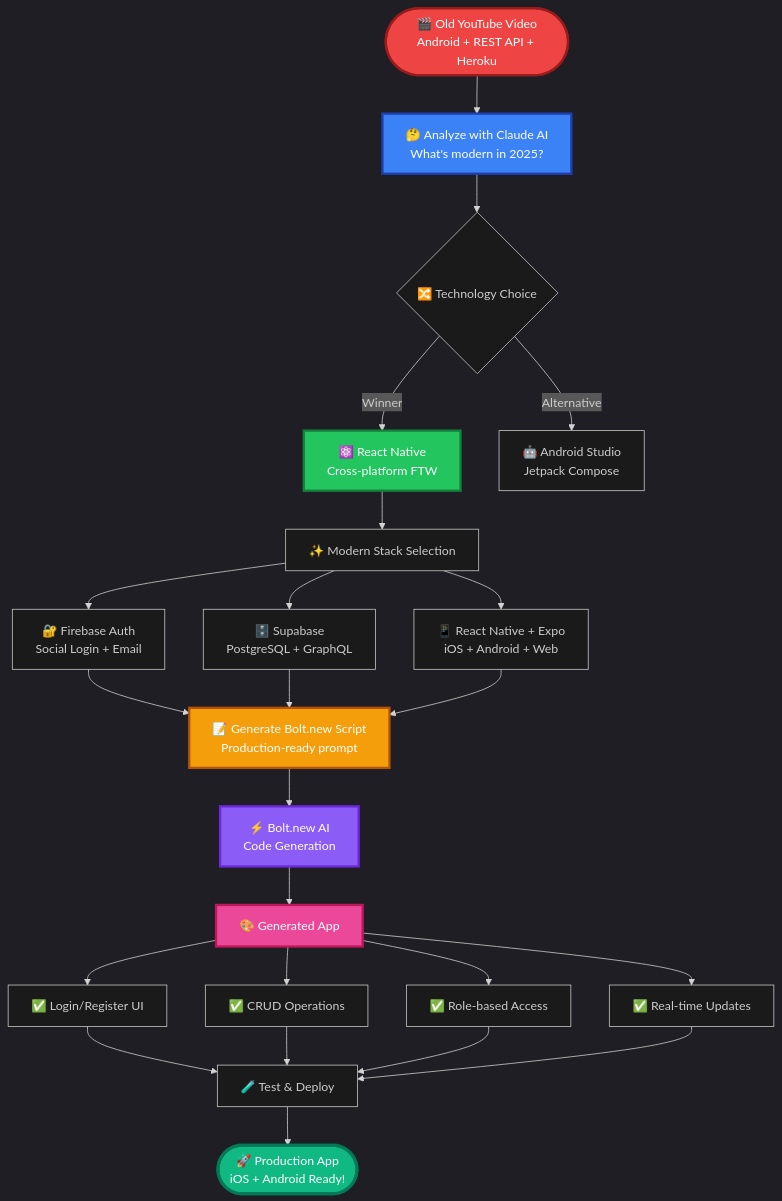
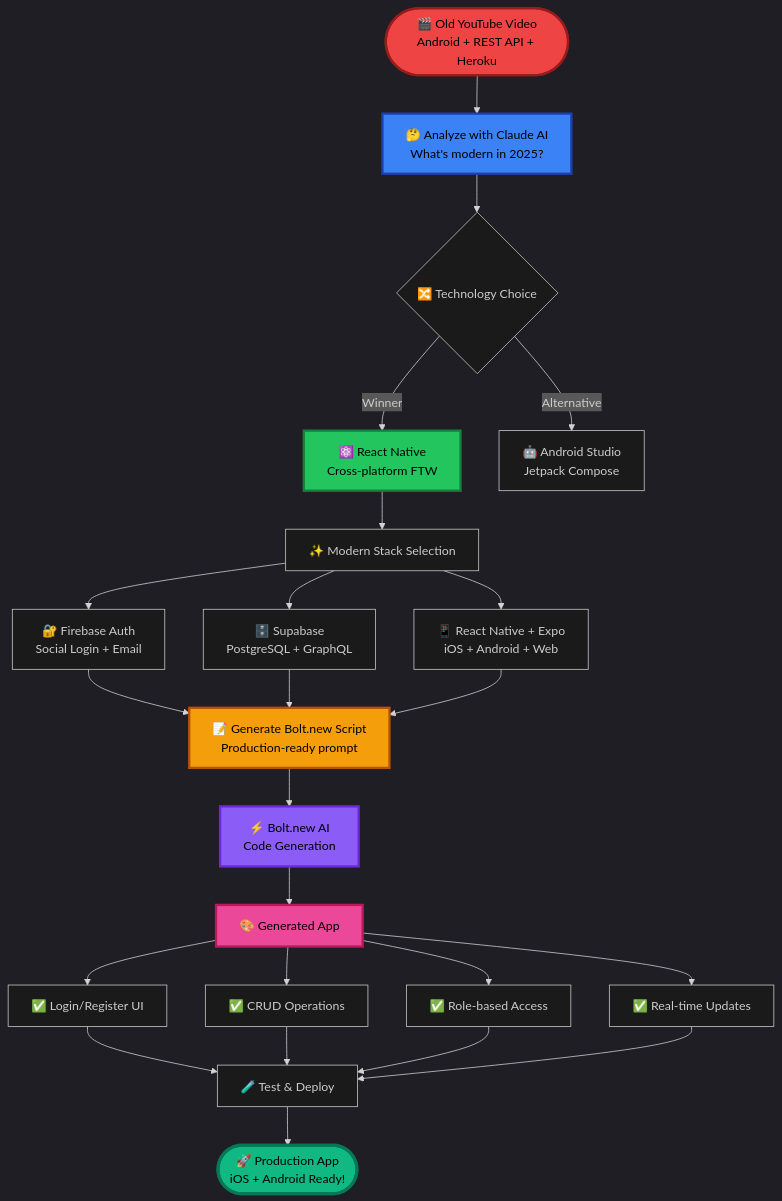
The diagram in README.md (lalumastan/evms_bolt), drawn with Mermaid before and after one commit.

````diff
--- a/README.md
+++ b/README.md
@@ -6,41 +6,41 @@
 ```mermaid
 %%{init: {'theme':'dark','themeVariables': {'darkMode':true,'background':'#000000','mainBkg':'#1a1a1a','secondBkg':'#2d2d2d','tertiaryBkg':'#404040'}}}%%
 graph TB
     Start([🎬 Old YouTube Video<br/>Android + REST API + Heroku])
     
     Start --> Analyze[🤔 Analyze with Claude AI<br/>What's modern in 2025?]
     
     Analyze --> Decision{🔀 Technology Choice}
     
     Decision -->|Winner| RN[⚛️ React Native<br/>Cross-platform FTW]
     Decision -->|Alternative| Android[🤖 Android Studio<br/>Jetpack Compose]
     
     RN --> Modern[✨ Modern Stack Selection]
     
     Modern --> Stack1[🔐 Firebase Auth<br/>Social Login + Email]
     Modern --> Stack2[🗄️ Supabase<br/>PostgreSQL + GraphQL]
     Modern --> Stack3[📱 React Native + Expo<br/>iOS + Android + Web]
     
     Stack1 & Stack2 & Stack3 --> Script[📝 Generate Bolt.new Script<br/>Production-ready prompt]
     
     Script --> Bolt[⚡ Bolt.new AI<br/>Code Generation]
     
     Bolt --> Magic[🎨 Generated App]
     
     Magic --> Features1[✅ Login/Register UI]
     Magic --> Features2[✅ CRUD Operations]
     Magic --> Features3[✅ Role-based Access]
     Magic --> Features4[✅ Real-time Updates]
     
     Features1 & Features2 & Features3 & Features4 --> Test[🧪 Test & Deploy]
     
     Test --> Result([🚀 Production App<br/>iOS + Android Ready!])
     
-    style Start fill:#ef4444,stroke:#991b1b,stroke-width:3px,color:#fff
-    style Analyze fill:#3b82f6,stroke:#1e40af,stroke-width:3px,color:#fff
-    style RN fill:#22c55e,stroke:#15803d,stroke-width:3px,color:#fff
-    style Script fill:#f59e0b,stroke:#b45309,stroke-width:3px,color:#fff
-    style Bolt fill:#8b5cf6,stroke:#6d28d9,stroke-width:3px,color:#fff
-    style Magic fill:#ec4899,stroke:#be185d,stroke-width:3px,color:#fff
-    style Result fill:#10b981,stroke:#047857,stroke-width:4px,color:#fff
+    style Start fill:#ef4444,stroke:#991b1b,stroke-width:3px,color:#000
+    style Analyze fill:#3b82f6,stroke:#1e40af,stroke-width:3px,color:#000
+    style RN fill:#22c55e,stroke:#15803d,stroke-width:3px,color:#000
+    style Script fill:#f59e0b,stroke:#b45309,stroke-width:3px,color:#000
+    style Bolt fill:#8b5cf6,stroke:#6d28d9,stroke-width:3px,color:#000
+    style Magic fill:#ec4899,stroke:#be185d,stroke-width:3px,color:#000
+    style Result fill:#10b981,stroke:#047857,stroke-width:4px,color:#000
 ```
````
